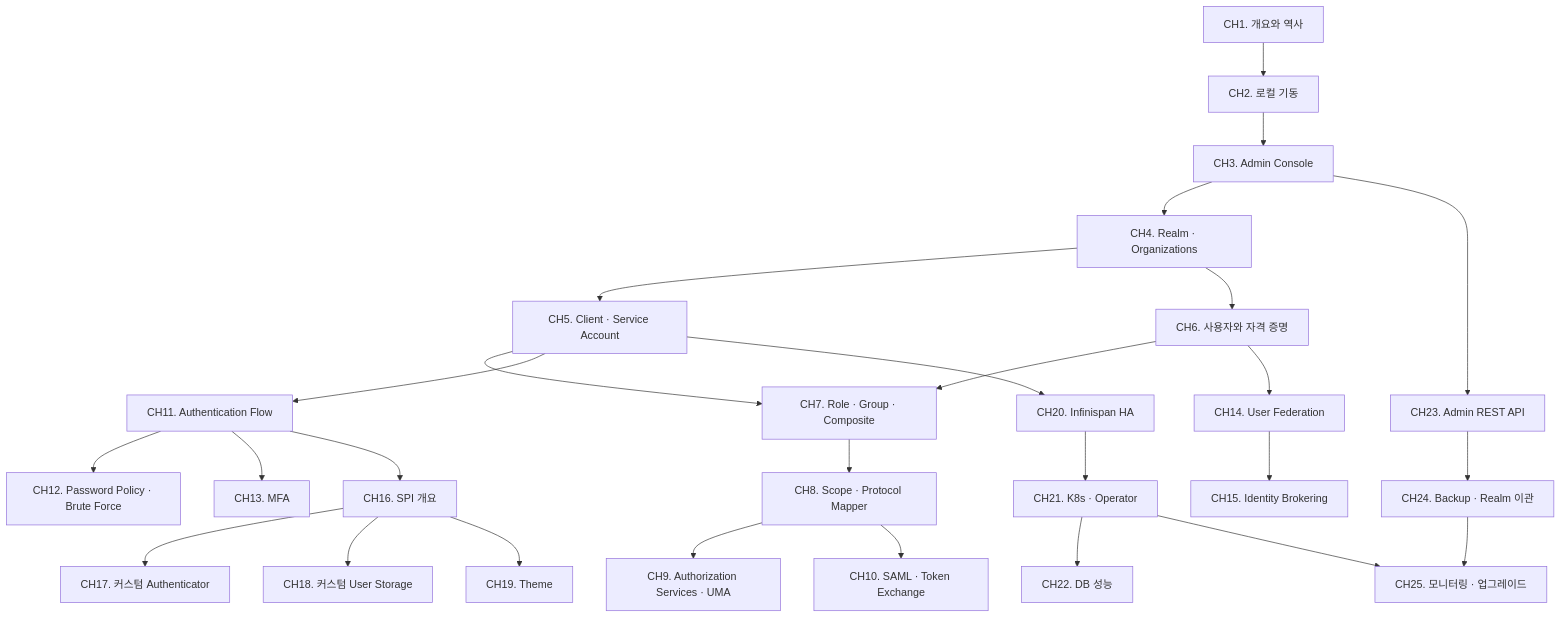
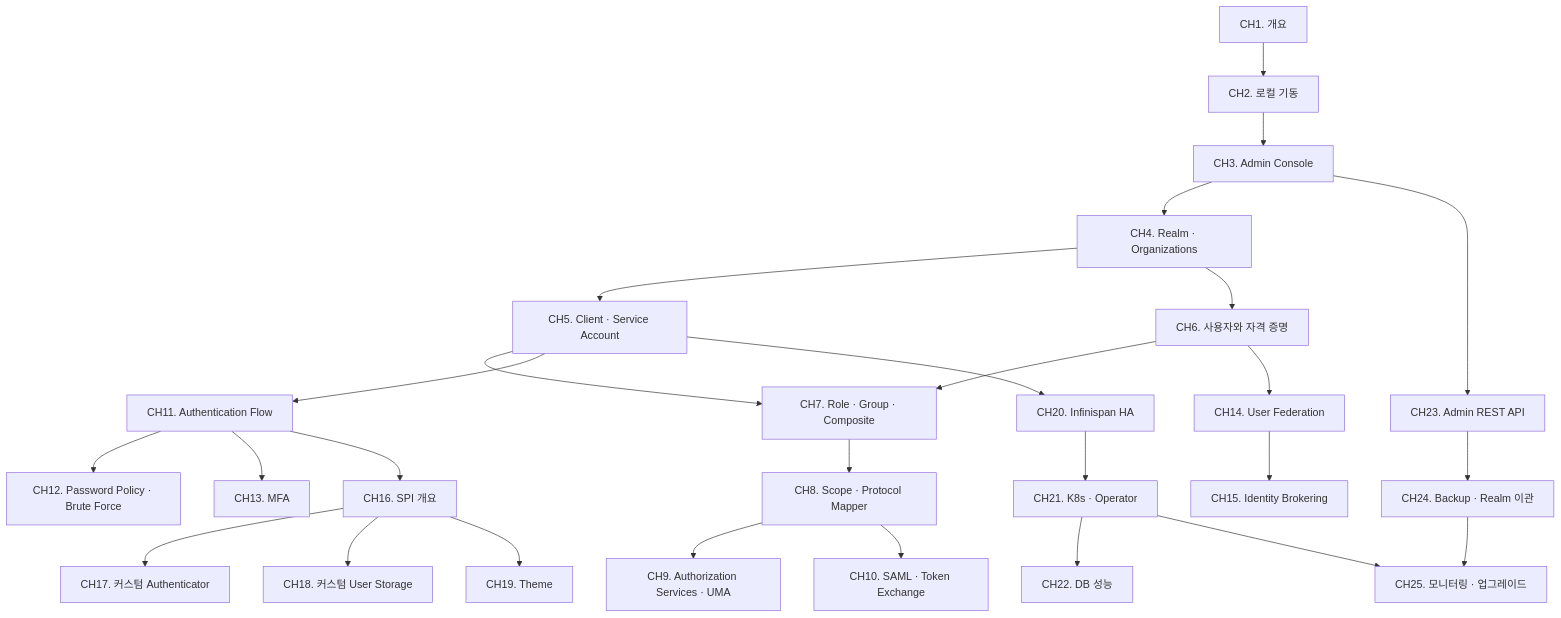
The diagram in docs/_study/keycloak/README.md (hobeen-kim/hobeen-kim.github.io), drawn with Mermaid before and after one commit. The commit also changed other lines of this file and 3 other files, not shown here.

````diff
--- a/docs/_study/keycloak/README.md
+++ b/docs/_study/keycloak/README.md
@@ -18,29 +18,29 @@
 ```mermaid
 flowchart TD
-    CH1[CH1. 개요와 역사] --> CH2[CH2. 로컬 기동]
+    CH1[CH1. 개요] --> CH2[CH2. 로컬 기동]
     CH2 --> CH3[CH3. Admin Console]
     CH3 --> CH4[CH4. Realm · Organizations]
     CH4 --> CH5[CH5. Client · Service Account]
     CH4 --> CH6[CH6. 사용자와 자격 증명]
     CH5 --> CH7[CH7. Role · Group · Composite]
     CH6 --> CH7
     CH7 --> CH8[CH8. Scope · Protocol Mapper]
     CH8 --> CH9[CH9. Authorization Services · UMA]
     CH8 --> CH10[CH10. SAML · Token Exchange]
     CH5 --> CH11[CH11. Authentication Flow]
     CH11 --> CH12[CH12. Password Policy · Brute Force]
     CH11 --> CH13[CH13. MFA]
     CH6 --> CH14[CH14. User Federation]
     CH14 --> CH15[CH15. Identity Brokering]
     CH11 --> CH16[CH16. SPI 개요]
     CH16 --> CH17[CH17. 커스텀 Authenticator]
     CH16 --> CH18[CH18. 커스텀 User Storage]
     CH16 --> CH19[CH19. Theme]
     CH5 --> CH20[CH20. Infinispan HA]
     CH20 --> CH21[CH21. K8s · Operator]
     CH21 --> CH22[CH22. DB 성능]
     CH3 --> CH23[CH23. Admin REST API]
     CH23 --> CH24[CH24. Backup · Realm 이관]
     CH21 --> CH25[CH25. 모니터링 · 업그레이드]
     CH24 --> CH25
 ```
````
